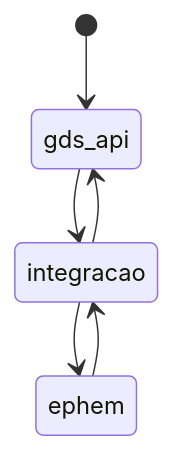
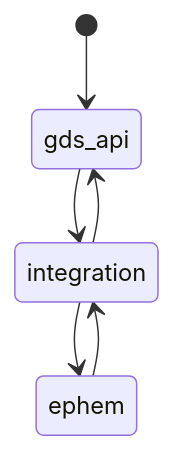
One commit to GleytonLima/gds-ephem-integracao changed the first of 2 diagrams in README.md. Above: the diagram before and after it, drawn with Mermaid. The commit also changed other lines of this file and 14 other files, not shown here.

````diff
--- a/README.md
+++ b/README.md
@@ -6,8 +7,8 @@
 ```mermaid
 stateDiagram-v2
     [*] --> gds_api
-    gds_api --> integracao
-    integracao --> gds_api
-    integracao --> ephem
-    ephem --> integracao
+    gds_api --> integration
+    integration --> gds_api
+    integration --> ephem
+    ephem --> integration
 ```
````
